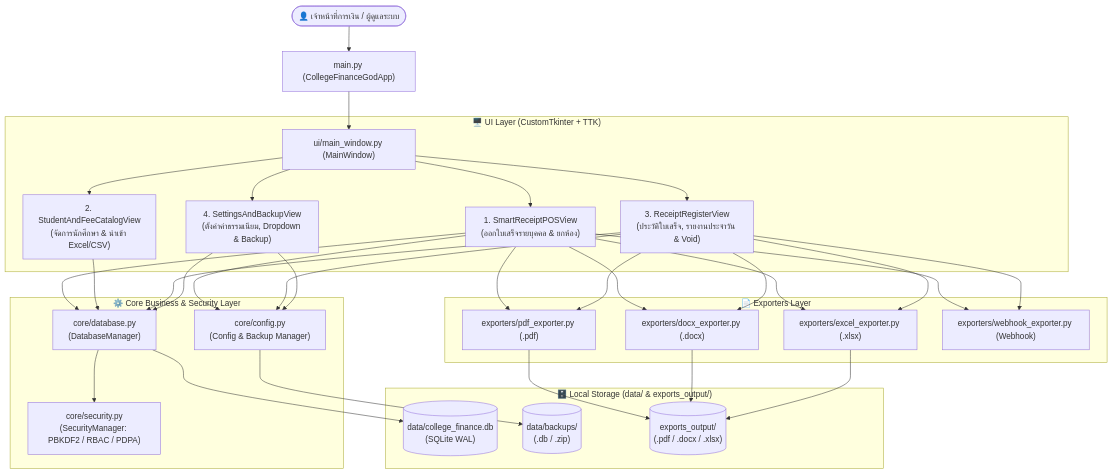
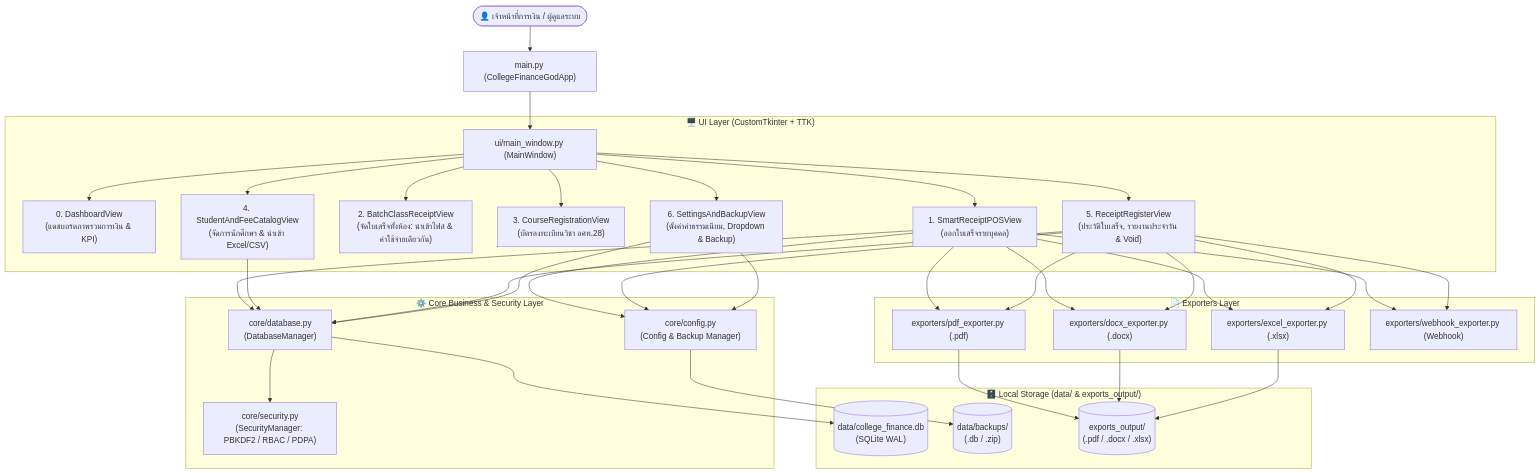
Before and after one commit to pdnejos303/CollageFinaceWindowapp: the diagram in DOCUMENTATION.md, drawn with Mermaid. The commit also changed other lines of this file and 139 other files, not shown here.

Commit message:
feat: major UI/UX overhaul, new app icon, quick export-folder picker, batch classroom & dashboard views, and modular test suite

````diff
--- a/DOCUMENTATION.md
+++ b/DOCUMENTATION.md
@@ -104,39 +109,42 @@
 ```mermaid
 flowchart TD
     User(["👤 เจ้าหน้าที่การเงิน / ผู้ดูแลระบบ"]) --> Main["main.py (CollegeFinanceGodApp)"]
     Main --> MainWindow["ui/main_window.py (MainWindow)"]
 
     subgraph UI_Layer ["🖥️ UI Layer (CustomTkinter + TTK)"]
-        MainWindow --> View1["1. SmartReceiptPOSView\n(ออกใบเสร็จรายบุคคล & ยกห้อง)"]
-        MainWindow --> View2["2. StudentAndFeeCatalogView\n(จัดการนักศึกษา & นำเข้า Excel/CSV)"]
-        MainWindow --> View3["3. ReceiptRegisterView\n(ประวัติใบเสร็จ, รายงานประจำวัน & Void)"]
-        MainWindow --> View4["4. SettingsAndBackupView\n(ตั้งค่าค่าธรรมเนียม, Dropdown & Backup)"]
+        MainWindow --> View0["0. DashboardView\n(แดชบอร์ดภาพรวมการเงิน & KPI)"]
+        MainWindow --> View1["1. SmartReceiptPOSView\n(ออกใบเสร็จรายบุคคล)"]
+        MainWindow --> ViewBatch["2. BatchClassReceiptView\n(จัดใบเสร็จทั้งห้อง: นำเข้าไฟล์ & ค่าใช้จ่ายเดียวกัน)"]
+        MainWindow --> ViewReg["3. CourseRegistrationView\n(บัตรลงทะเบียนวิชา อศท.28)"]
+        MainWindow --> View2["4. StudentAndFeeCatalogView\n(จัดการนักศึกษา & นำเข้า Excel/CSV)"]
+        MainWindow --> View3["5. ReceiptRegisterView\n(ประวัติใบเสร็จ, รายงานประจำวัน & Void)"]
+        MainWindow --> View4["6. SettingsAndBackupView\n(ตั้งค่าค่าธรรมเนียม, Dropdown & Backup)"]
     end
 
     subgraph Core_Layer ["⚙️ Core Business & Security Layer"]
         DB["core/database.py\n(DatabaseManager)"]
         CFG["core/config.py\n(Config & Backup Manager)"]
         SEC["core/security.py\n(SecurityManager: PBKDF2 / RBAC / PDPA)"]
     end
 
     subgraph Exporter_Layer ["📄 Exporters Layer"]
         PDF["exporters/pdf_exporter.py (.pdf)"]
         DOCX["exporters/docx_exporter.py (.docx)"]
         XLSX["exporters/excel_exporter.py (.xlsx)"]
         WH["exporters/webhook_exporter.py (Webhook)"]
     end
 
     subgraph Storage_Layer ["🗄️ Local Storage (data/ & exports_output/)"]
         SQLite[("data/college_finance.db\n(SQLite WAL)")]
         Backups[("data/backups/\n(.db / .zip)")]
         Output[("exports_output/\n(.pdf / .docx / .xlsx)")]
     end
 
     View1 & View2 & View3 & View4 --> DB
     View1 & View3 & View4 --> CFG
     DB --> SEC
     DB --> SQLite
     CFG --> Backups
     View1 & View3 --> PDF & DOCX & XLSX & WH
     PDF & DOCX & XLSX --> Output
 ```
````
